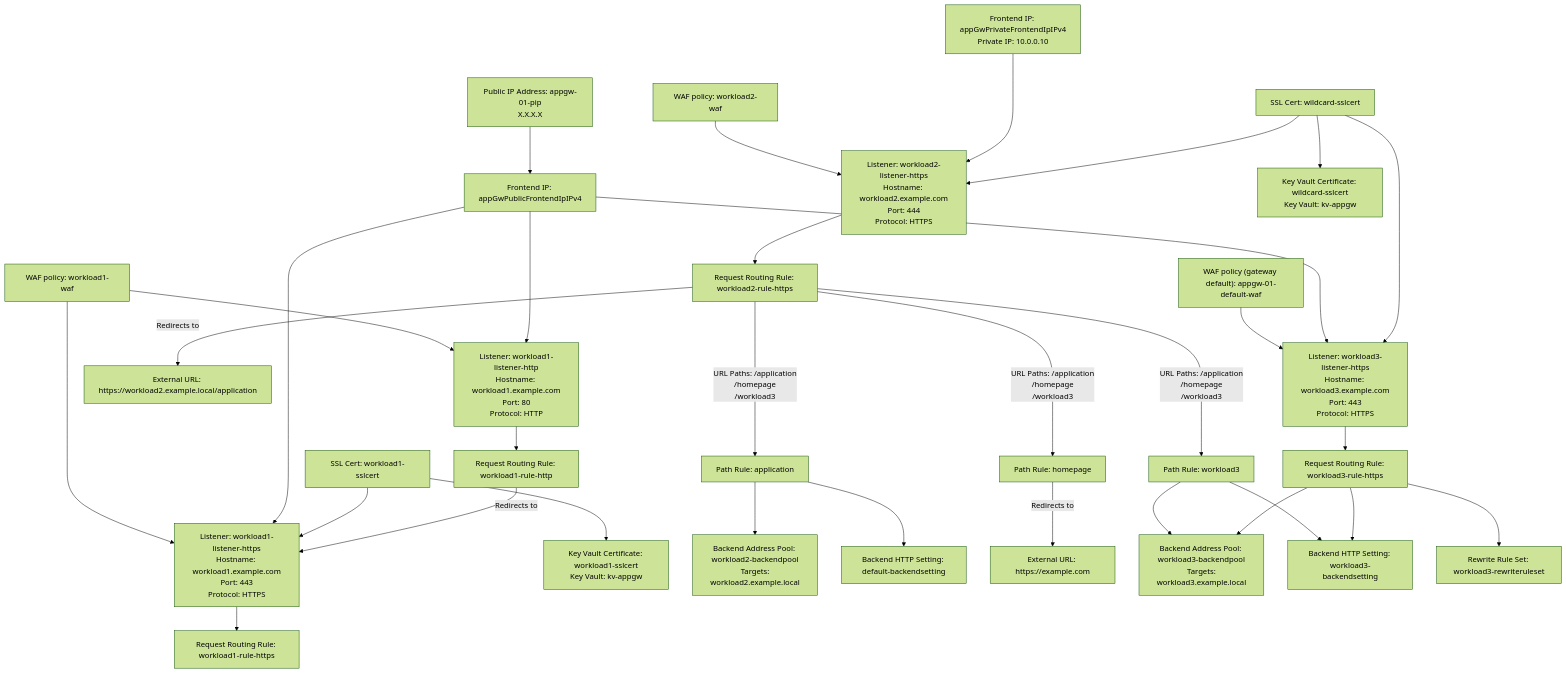
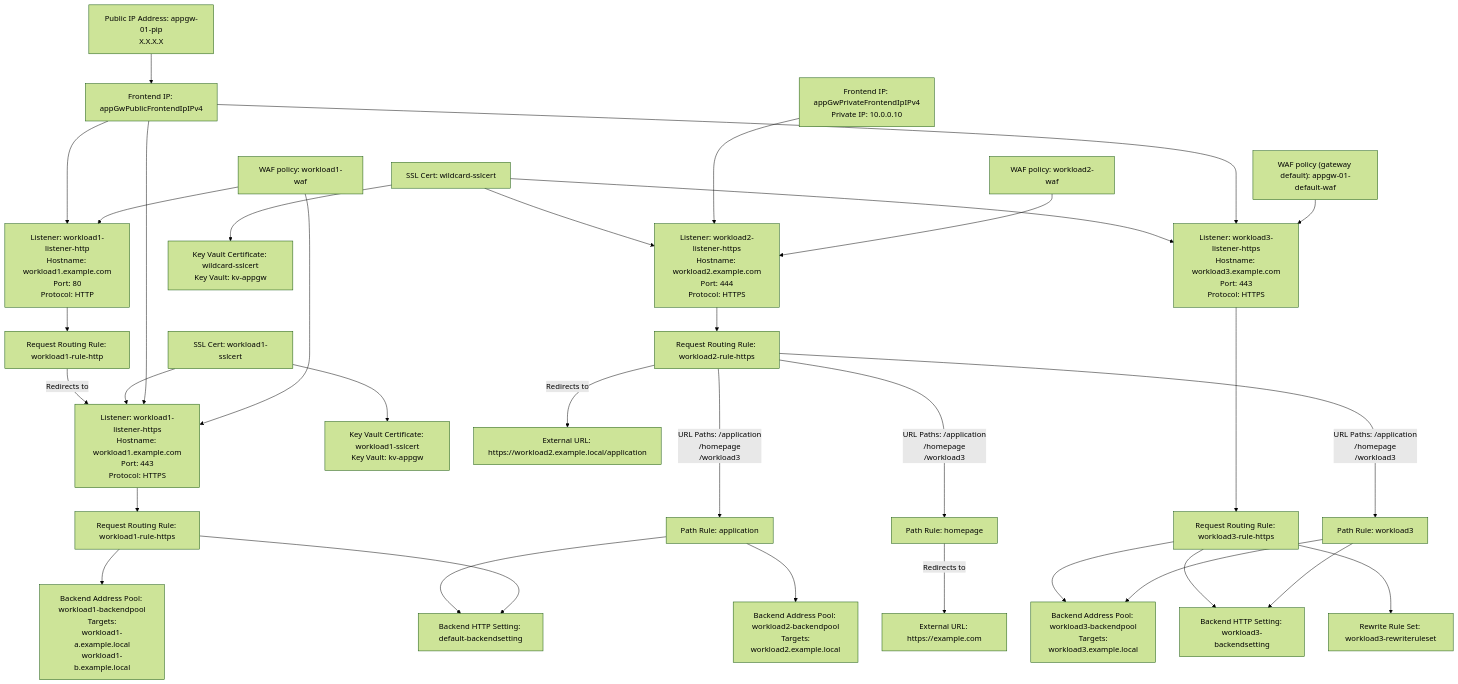
One commit to MarkFarkas/AzAppGatewayVisualizer changed the third of 3 diagrams in README.md. Above: the diagram before and after it, drawn with Mermaid (forest theme). The commit also changed other lines of this file, not shown here.

````diff
--- a/README.md
+++ b/README.md
@@ -72,39 +78,43 @@
 ```mermaid
 graph TB
   wafpolicy_workload1-waf[WAF policy: workload1-waf] --> listener_workload1-listener-https
   frontendipconfigurationappGwPublicFrontendIpIPv4[Frontend IP: appGwPublicFrontendIpIPv4] ---> listener_workload1-listener-https
   listener_workload1-listener-https[Listener: workload1-listener-https<br>Hostname: workload1.example.com<br>Port: 443<br>Protocol: HTTPS]
   sslcert_workload1-sslcert[SSL Cert: workload1-sslcert] --> listener_workload1-listener-https
   sslcert_workload1-sslcert --> keyvaultcert_workload1-sslcert[Key Vault Certificate: workload1-sslcert<br>Key Vault: kv-appgw]
   listener_workload1-listener-https --> rule_workload1-rule-https[Request Routing Rule: workload1-rule-https]
+  rule_workload1-rule-https
+  rule_workload1-rule-https --> backendaddresspool_workload1-backendpool[Backend Address Pool: workload1-backendpool<br>Targets:<br>workload1-a.example.local<br>workload1-b.example.local]
+  rule_workload1-rule-https --> backendhttpsetting_default-backendsetting[Backend HTTP Setting: default-backendsetting]
   wafpolicy_workload1-waf[WAF policy: workload1-waf] --> listener_workload1-listener-http
   publicipaddress_appgw-01-pip[Public IP Address: appgw-01-pip<br>X.X.X.X] --> frontendipconfigurationappGwPublicFrontendIpIPv4
   frontendipconfigurationappGwPublicFrontendIpIPv4[Frontend IP: appGwPublicFrontendIpIPv4] ---> listener_workload1-listener-http
   listener_workload1-listener-http[Listener: workload1-listener-http<br>Hostname: workload1.example.com<br>Port: 80<br>Protocol: HTTP]
   listener_workload1-listener-http --> rule_workload1-rule-http[Request Routing Rule: workload1-rule-http]
   rule_workload1-rule-http -- Redirects to --> listener_workload1-listener-https
   wafpolicy_workload2-waf[WAF policy: workload2-waf] --> listener_workload2-listener-https
   frontendipconfigurationappGwPrivateFrontendIpIPv4[Frontend IP: appGwPrivateFrontendIpIPv4<br>Private IP: 10.0.0.10] ---> listener_workload2-listener-https
   listener_workload2-listener-https[Listener: workload2-listener-https<br>Hostname: workload2.example.com<br>Port: 444<br>Protocol: HTTPS]
   sslcert_wildcard-sslcert[SSL Cert: wildcard-sslcert] --> listener_workload2-listener-https
   sslcert_wildcard-sslcert --> keyvaultcert_wildcard-sslcert[Key Vault Certificate: wildcard-sslcert<br>Key Vault: kv-appgw]
   listener_workload2-listener-https --> rule_workload2-rule-https[Request Routing Rule: workload2-rule-https]
   rule_workload2-rule-https -- URL Paths: /application<br>/homepage<br>/workload3 ---> urlpathmap_workload2-rule-https_application[Path Rule: application]
   urlpathmap_workload2-rule-https_application --> backendaddresspool_workload2-backendpool[Backend Address Pool: workload2-backendpool<br>Targets:<br>workload2.example.local]
   urlpathmap_workload2-rule-https_application --> backendhttpsetting_default-backendsetting[Backend HTTP Setting: default-backendsetting]
   rule_workload2-rule-https -- URL Paths: /application<br>/homepage<br>/workload3 ---> urlpathmap_workload2-rule-https_homepage[Path Rule: homepage]
   urlpathmap_workload2-rule-https_homepage -- Redirects to --> redirectconfiguration_workload2-rule-https_homepage[External URL: https://example.com]
   rule_workload2-rule-https -- URL Paths: /application<br>/homepage<br>/workload3 ---> urlpathmap_workload2-rule-https_workload3[Path Rule: workload3]
   urlpathmap_workload2-rule-https_workload3 --> backendaddresspool_workload3-backendpool[Backend Address Pool: workload3-backendpool<br>Targets:<br>workload3.example.local]
   urlpathmap_workload2-rule-https_workload3 --> backendhttpsetting_workload3-backendsetting[Backend HTTP Setting: workload3-backendsetting]
   rule_workload2-rule-https -- Redirects to --> redirectconfiguration_workload2-rule-https[External URL: https://workload2.example.local/application]
   wafpolicy_appgw-01-default-waf["WAF policy (gateway default): appgw-01-default-waf"] --> listener_workload3-listener-https
   frontendipconfigurationappGwPublicFrontendIpIPv4[Frontend IP: appGwPublicFrontendIpIPv4] ---> listener_workload3-listener-https
   listener_workload3-listener-https[Listener: workload3-listener-https<br>Hostname: workload3.example.com<br>Port: 443<br>Protocol: HTTPS]
   sslcert_wildcard-sslcert[SSL Cert: wildcard-sslcert] --> listener_workload3-listener-https
   listener_workload3-listener-https --> rule_workload3-rule-https[Request Routing Rule: workload3-rule-https]
   rule_workload3-rule-https
   rule_workload3-rule-https --> backendaddresspool_workload3-backendpool[Backend Address Pool: workload3-backendpool<br>Targets:<br>workload3.example.local]
   rule_workload3-rule-https --> backendhttpsetting_workload3-backendsetting[Backend HTTP Setting: workload3-backendsetting]
   rule_workload3-rule-https --> rewriteruleset_workload3-rewriteruleset[Rewrite Rule Set: workload3-rewriteruleset]
+
 ```
````
